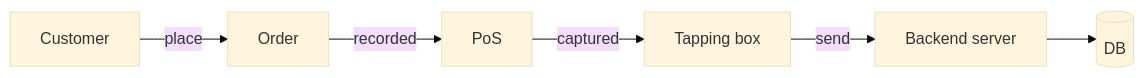
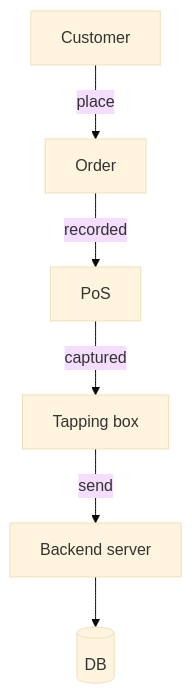
One commit to ekalaya2015/monitax-cli changed the diagram in docs/index.md. Above: the diagram before and after it, drawn with Mermaid (base theme).

Commit message:
refine diagram

````diff
--- a/docs/index.md
+++ b/docs/index.md
@@ -12,8 +12,8 @@
 ``` mermaid
-graph LR
+graph TD
   A[Customer] --> |place| B[Order];
   B --> |recorded| C[PoS];
   C --> |captured| D[Tapping box];
   D --> |send| E[Backend server];
   E --> F[(DB)]
 ```
````
